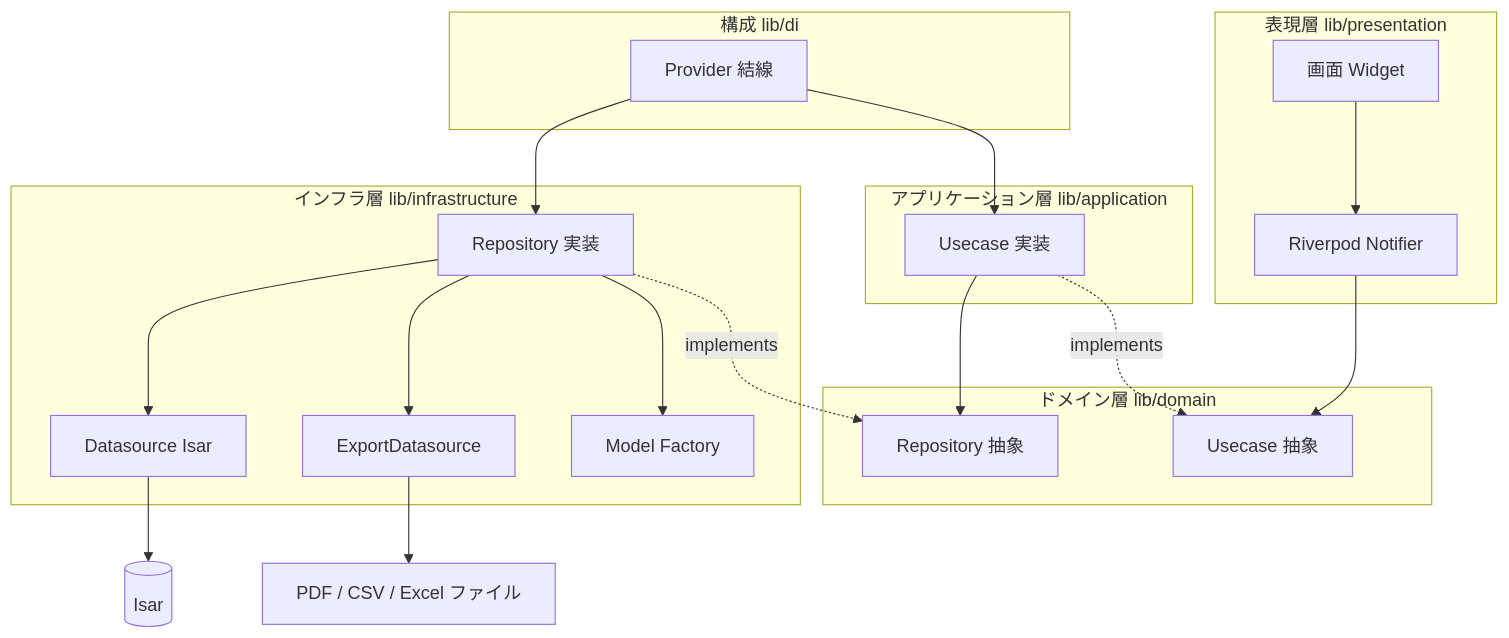
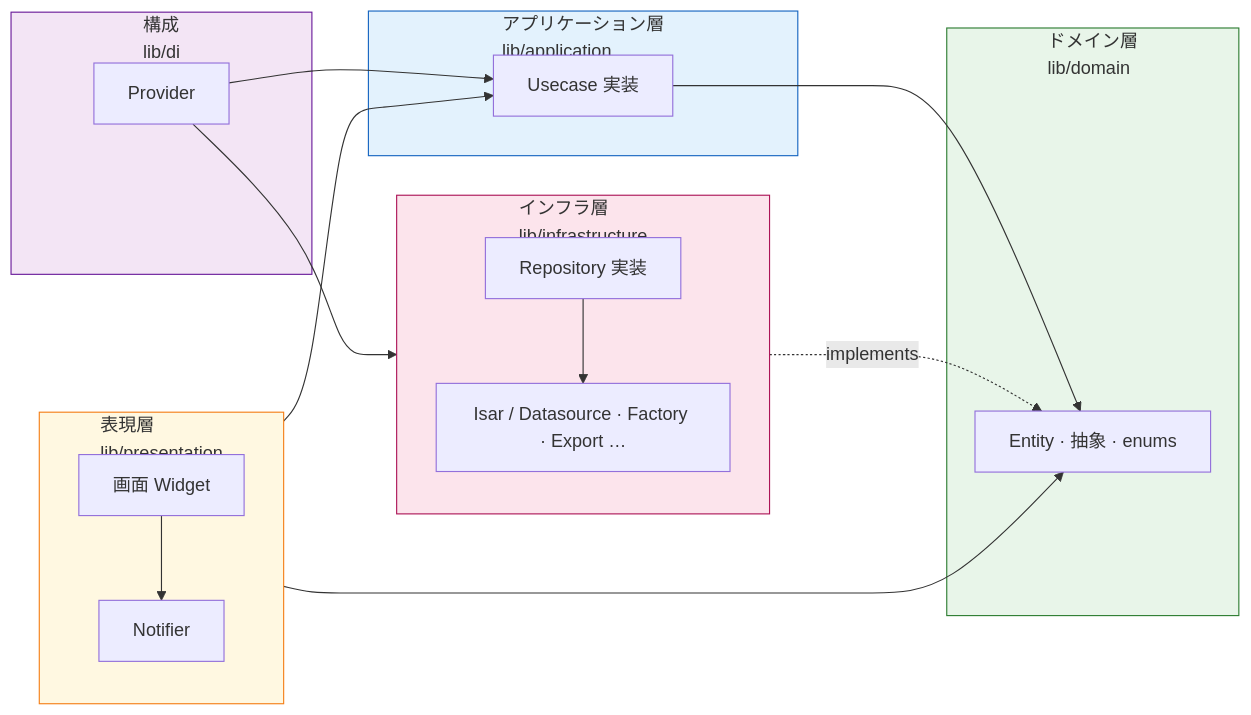
Before and after one commit to tas5521/boar_time: the first of 2 diagrams in README.md, drawn with Mermaid. The commit also changed other lines of this file, not shown here.

Commit message:
READMEアーキテクチャ図修正

````diff
--- a/README.md
+++ b/README.md
@@ -76,38 +79,41 @@
 ```mermaid
-flowchart TB
-  subgraph presentation [表現層 lib/presentation]
-    Page[画面 Widget]
-    Notifier[Riverpod Notifier]
+flowchart LR
+  subgraph P["表現層<br/>lib/presentation"]
+    direction TB
+    UI[画面 Widget]
+    N[Notifier]
+    UI --> N
   end
-  subgraph application [アプリケーション層 lib/application]
-    UCImpl[Usecase 実装]
+
+  subgraph A["アプリケーション層<br/>lib/application"]
+    UCI[Usecase 実装]
   end
-  subgraph domain [ドメイン層 lib/domain]
-    RepoIf[Repository 抽象]
-    UCIf[Usecase 抽象]
+
+  subgraph D["ドメイン層<br/>lib/domain"]
+    DOM[Entity · 抽象 · enums]
   end
-  subgraph infrastructure [インフラ層 lib/infrastructure]
-    RepoImpl[Repository 実装]
-    DS[Datasource Isar]
-    ExportDS[ExportDatasource]
-    Factory[Model Factory]
+
+  subgraph I["インフラ層<br/>lib/infrastructure"]
+    direction TB
+    RI[Repository 実装]
+    SUB[Isar / Datasource · Factory · Export …]
+    RI --> SUB
   end
-  subgraph di [構成 lib/di]
-    Prov[Provider 結線]
+
+  subgraph DI["構成<br/>lib/di"]
+    PRV[Provider]
   end
-  Isar[(Isar)]
-  Files[PDF / CSV / Excel ファイル]
 
-  Page --> Notifier
-  Notifier --> UCIf
-  Prov --> UCImpl
-  Prov --> RepoImpl
-  UCImpl --> RepoIf
-  UCImpl -.->|implements| UCIf
-  RepoImpl --> DS
-  RepoImpl --> Factory
-  RepoImpl --> ExportDS
-  RepoImpl -.->|implements| RepoIf
-  DS --> Isar
-  ExportDS --> Files
+  N --> UCI
+  N --> DOM
+  UCI --> DOM
+  RI -.->|implements| DOM
+  PRV --> UCI
+  PRV --> RI
+
+  style P fill:#fff8e1,stroke:#f57f17
+  style A fill:#e3f2fd,stroke:#1565c0
+  style D fill:#e8f5e9,stroke:#2e7d32
+  style I fill:#fce4ec,stroke:#ad1457
+  style DI fill:#f3e5f5,stroke:#6a1b9a
 ```
````
